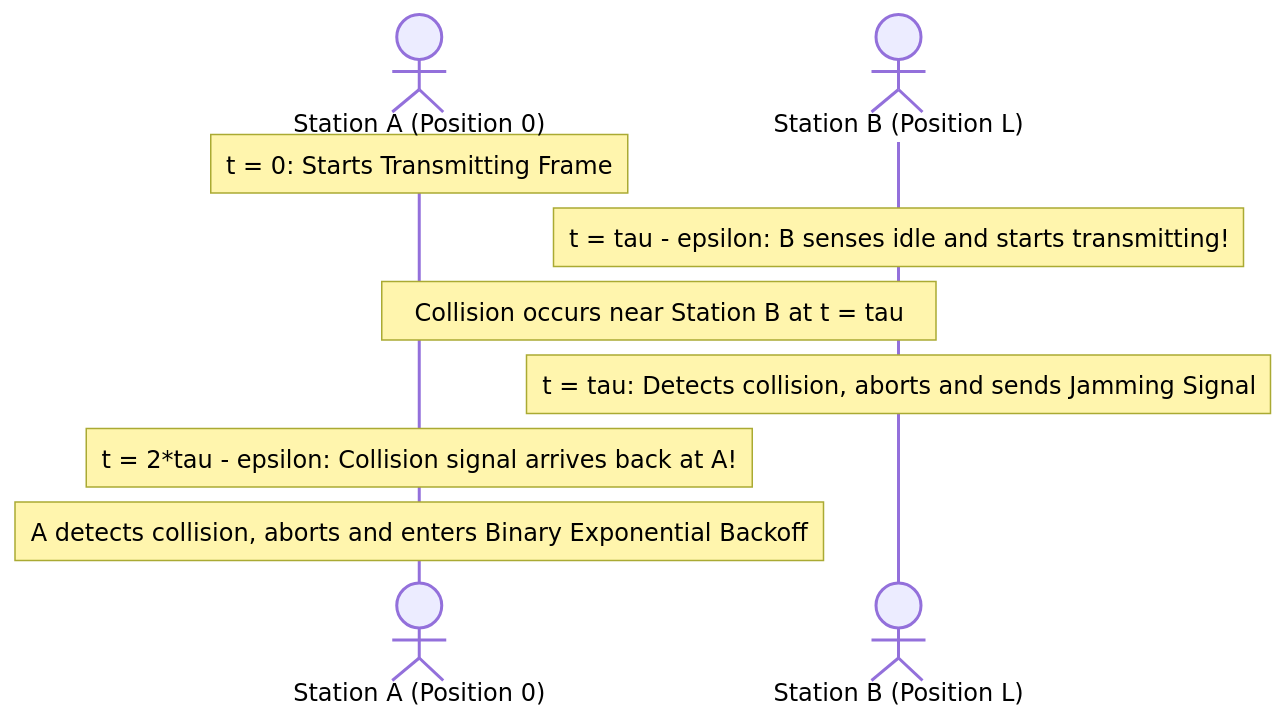
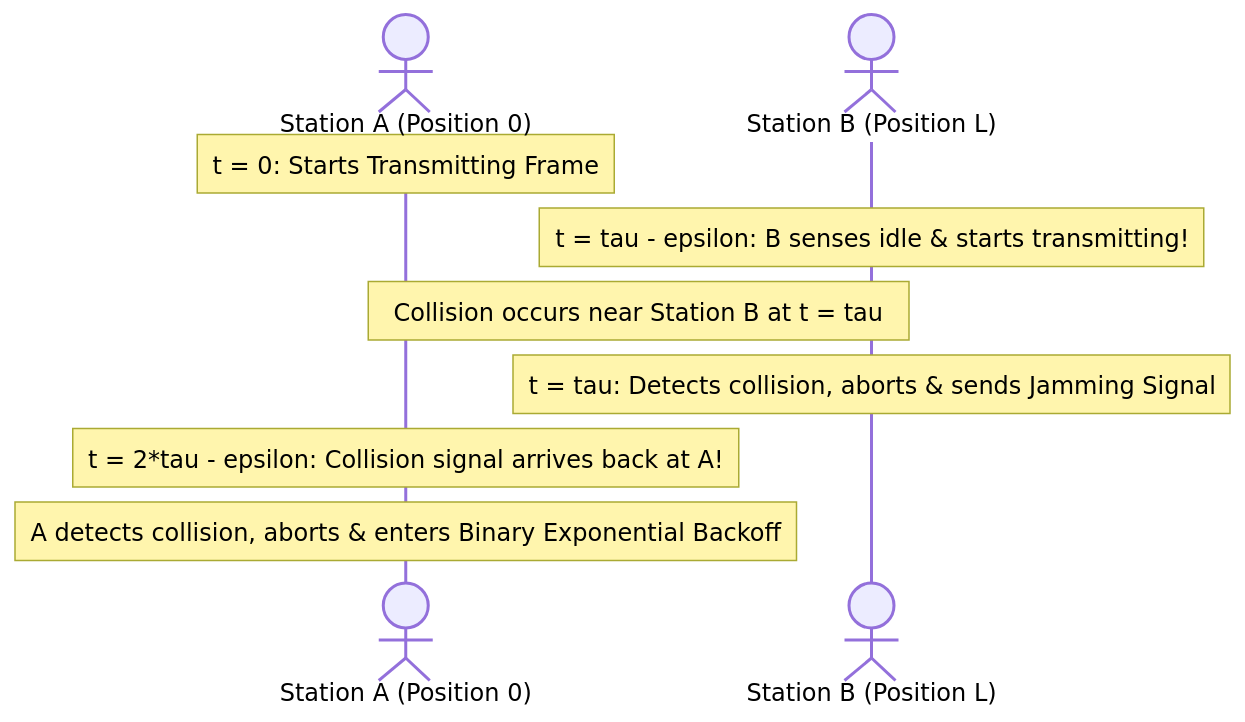
One commit to DeepLumiere/DeepSkills changed the fourth of 12 diagrams in notes/computer_networks/Chapter_4_MAC_Layer.md. Above: the diagram before and after it, drawn with Mermaid. The commit also changed other lines of this file and 2 other files, not shown here.

````diff
--- a/notes/computer_networks/Chapter_4_MAC_Layer.md
+++ b/notes/computer_networks/Chapter_4_MAC_Layer.md
@@ -225,13 +254,13 @@
 ```mermaid
 sequenceDiagram
     autonumber
     actor A as Station A (Position 0)
     actor B as Station B (Position L)
-
+    
     Note over A: t = 0: Starts Transmitting Frame
-    Note over B: t = tau - epsilon: B senses idle and starts transmitting!
+    Note over B: t = tau - epsilon: B senses idle & starts transmitting!
     Note over A,B: Collision occurs near Station B at t = tau
-    Note over B: t = tau: Detects collision, aborts and sends Jamming Signal
+    Note over B: t = tau: Detects collision, aborts & sends Jamming Signal
     Note over A: t = 2*tau - epsilon: Collision signal arrives back at A!
-    Note over A: A detects collision, aborts and enters Binary Exponential Backoff
+    Note over A: A detects collision, aborts & enters Binary Exponential Backoff
 ```
````
